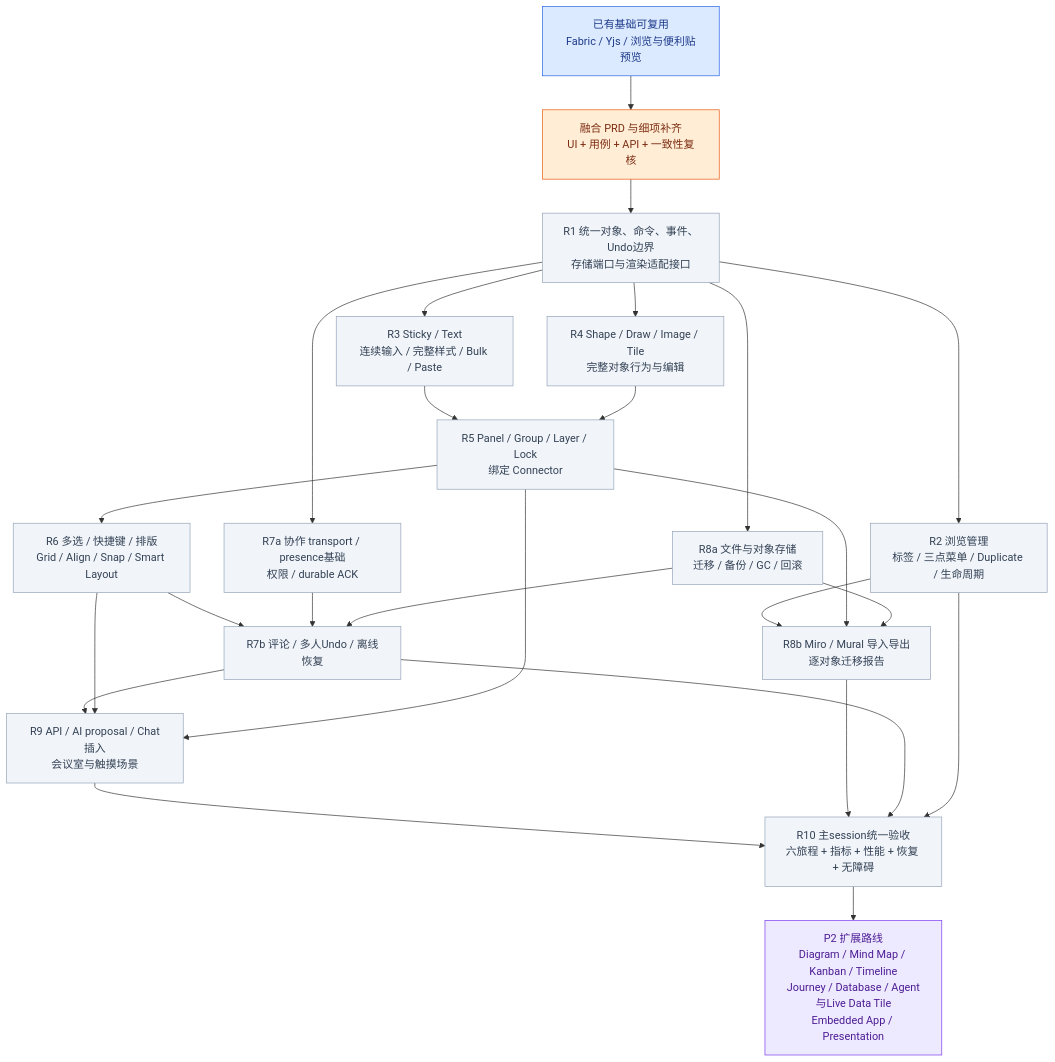
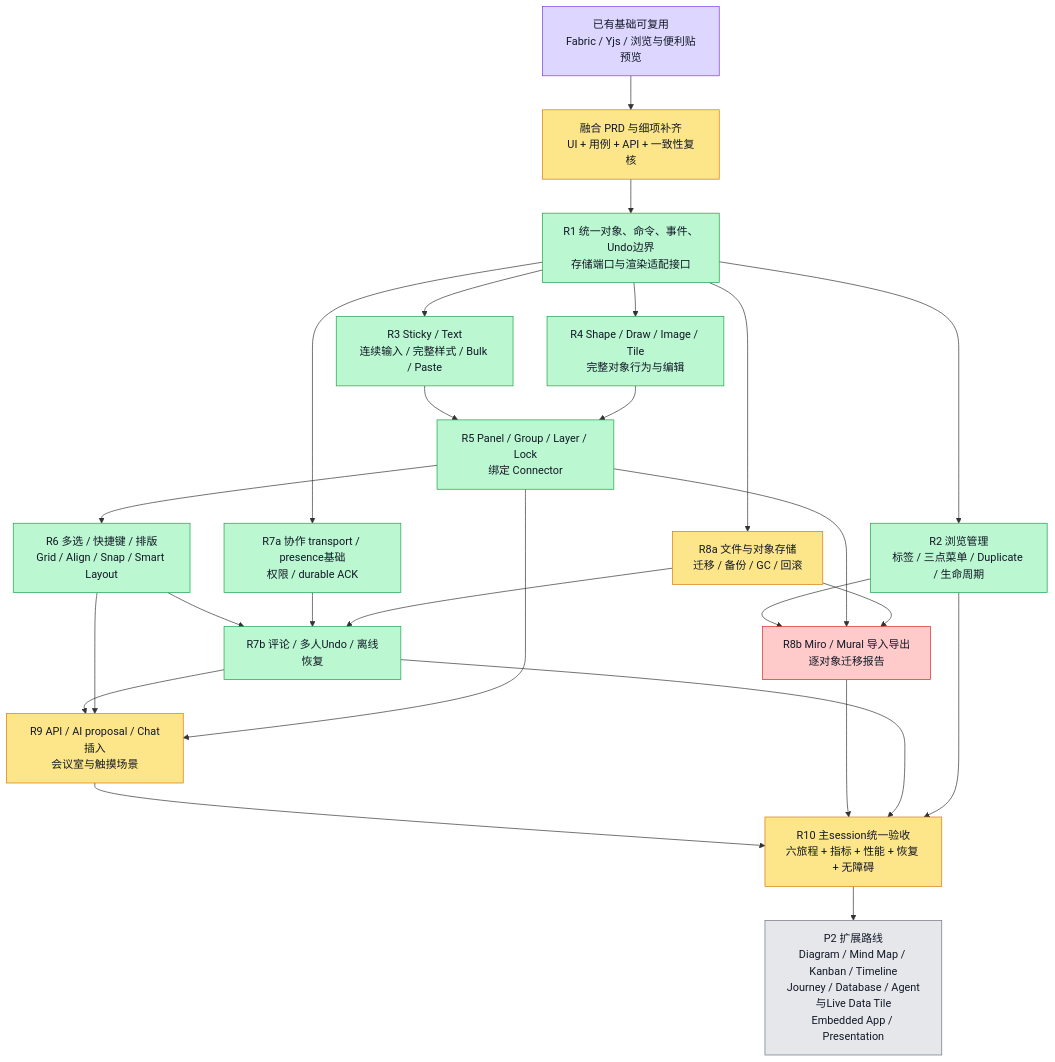
One commit to boardx/workspacex changed the second of 3 diagrams in phases/phase-19-board-visual-workspace/design-deltas/2026-09-26-unified-board-plan.md. Above: the diagram before and after it, drawn with Mermaid. The commit also changed other lines of this file, not shown here.

Commit message:
docs(board): refresh all iteration statuses

````diff
--- a/phases/phase-19-board-visual-workspace/design-deltas/2026-09-26-unified-board-plan.md
+++ b/phases/phase-19-board-visual-workspace/design-deltas/2026-09-26-unified-board-plan.md
@@ -85,33 +86,51 @@
 ```mermaid
 flowchart TD
-  E["已有基础可复用<br/>Fabric / Yjs / 浏览与便利贴预览"]:::evidence
-  U["融合 PRD 与细项补齐<br/>UI + 用例 + API + 一致性复核"]:::design
+  E["已有基础可复用<br/>Fabric / Yjs / 浏览与便利贴预览"]
+  U["融合 PRD 与细项补齐<br/>UI + 用例 + API + 一致性复核"]
   E --> U
-  U --> K["R1 统一对象、命令、事件、Undo边界<br/>存储端口与渲染适配接口"]:::todo
-  K --> L["R2 浏览管理<br/>标签 / 三点菜单 / Duplicate / 生命周期"]:::todo
-  K --> S["R3 Sticky / Text<br/>连续输入 / 完整样式 / Bulk / Paste"]:::todo
-  K --> O["R4 Shape / Draw / Image / Tile<br/>完整对象行为与编辑"]:::todo
-  K --> C["R7a 协作 transport / presence基础<br/>权限 / durable ACK"]:::todo
-  K --> B["R8a 文件与对象存储<br/>迁移 / 备份 / GC / 回滚"]:::todo
-  S --> P["R5 Panel / Group / Layer / Lock<br/>绑定 Connector"]:::todo
+  U --> K["R1 统一对象、命令、事件、Undo边界<br/>存储端口与渲染适配接口"]
+  K --> L["R2 浏览管理<br/>标签 / 三点菜单 / Duplicate / 生命周期"]
+  K --> S["R3 Sticky / Text<br/>连续输入 / 完整样式 / Bulk / Paste"]
+  K --> O["R4 Shape / Draw / Image / Tile<br/>完整对象行为与编辑"]
+  K --> C["R7a 协作 transport / presence基础<br/>权限 / durable ACK"]
+  K --> B["R8a 文件与对象存储<br/>迁移 / 备份 / GC / 回滚"]
+  S --> P["R5 Panel / Group / Layer / Lock<br/>绑定 Connector"]
   O --> P
-  P --> X["R6 多选 / 快捷键 / 排版<br/>Grid / Align / Snap / Smart Layout"]:::todo
-  X --> H["R7b 评论 / 多人Undo / 离线恢复"]:::todo
+  P --> X["R6 多选 / 快捷键 / 排版<br/>Grid / Align / Snap / Smart Layout"]
+  X --> H["R7b 评论 / 多人Undo / 离线恢复"]
   C --> H
   B --> H
-  L --> M["R8b Miro / Mural 导入导出<br/>逐对象迁移报告"]:::todo
+  L --> M["R8b Miro / Mural 导入导出<br/>逐对象迁移报告"]
   P --> M
   B --> M
-  H --> A["R9 API / AI proposal / Chat插入<br/>会议室与触摸场景"]:::todo
+  H --> A["R9 API / AI proposal / Chat插入<br/>会议室与触摸场景"]
   X --> A
   P --> A
-  A --> Q["R10 主session统一验收<br/>六旅程 + 指标 + 性能 + 恢复 + 无障碍"]:::todo
+  A --> Q["R10 主session统一验收<br/>六旅程 + 指标 + 性能 + 恢复 + 无障碍"]
   M --> Q
   H --> Q
   L --> Q
-  Q --> F["P2 扩展路线<br/>Diagram / Mind Map / Kanban / Timeline<br/>Journey / Database / Agent与Live Data Tile<br/>Embedded App / Presentation"]:::future
-  classDef evidence fill:#dbeafe,stroke:#2563eb,color:#1e3a8a
-  classDef design fill:#ffedd5,stroke:#ea580c,color:#7c2d12
-  classDef todo fill:#f1f5f9,stroke:#94a3b8,color:#334155
-  classDef future fill:#ede9fe,stroke:#7c3aed,color:#4c1d95
+  Q --> F["P2 扩展路线<br/>Diagram / Mind Map / Kanban / Timeline<br/>Journey / Database / Agent与Live Data Tile<br/>Embedded App / Presentation"]
+
+  classDef todo fill:#e5e7eb,stroke:#6b7280,color:#111827
+  classDef doing fill:#fde68a,stroke:#d97706,color:#111827
+  classDef done fill:#bbf7d0,stroke:#16a34a,color:#111827
+  classDef tested fill:#ddd6fe,stroke:#7c3aed,color:#111827
+  classDef blocked fill:#fecaca,stroke:#dc2626,color:#111827
+
+  class E tested
+  class U doing
+  class K done
+  class L done
+  class S done
+  class O done
+  class C done
+  class B doing
+  class P done
+  class X done
+  class H done
+  class M blocked
+  class A doing
+  class Q doing
+  class F todo
 ```
````
